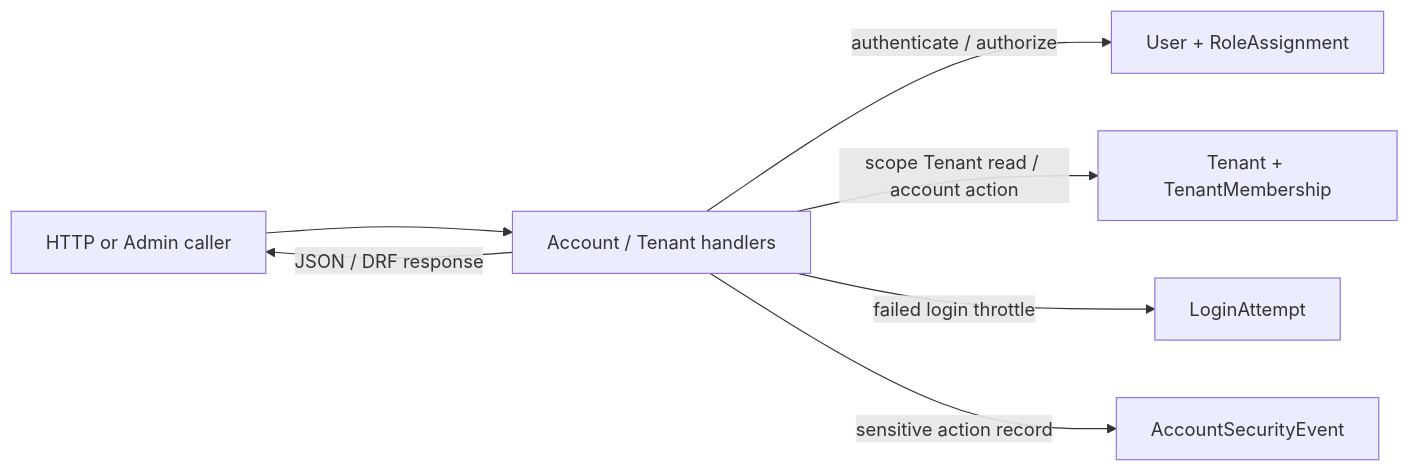
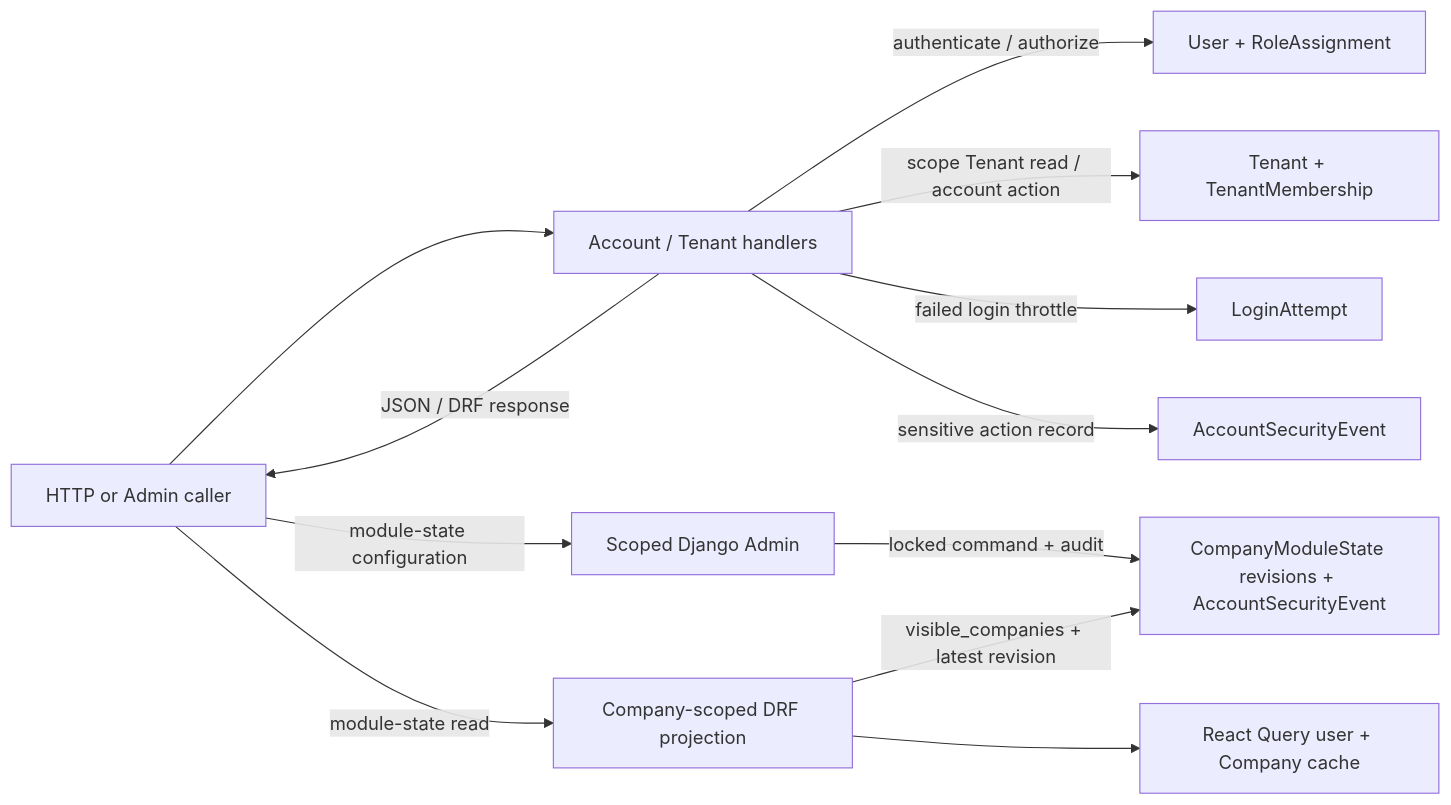
Before and after one commit to muhammedshibiliraihsoft-art/VIRMS: the diagram in architecture/01-DATA-FLOW.md, drawn with Mermaid. The commit also changed other lines of this file and 32 other files, not shown here.

First line of the commit message:
feat: add Company module-state foundation

````diff
--- a/architecture/01-DATA-FLOW.md
+++ b/architecture/01-DATA-FLOW.md
@@ -39,9 +41,14 @@
 ```mermaid
 flowchart LR
   C[HTTP or Admin caller] --> V[Account / Tenant handlers]
   V -->|authenticate / authorize| U[User + RoleAssignment]
   V -->|scope Tenant read / account action| T[Tenant + TenantMembership]
   V -->|failed login throttle| L[LoginAttempt]
   V -->|sensitive action record| E[AccountSecurityEvent]
   V -->|JSON / DRF response| C
+  C -->|module-state configuration| A[Scoped Django Admin]
+  A -->|locked command + audit| M[CompanyModuleState revisions + AccountSecurityEvent]
+  C -->|module-state read| R[Company-scoped DRF projection]
+  R -->|visible_companies + latest revision| M
+  R --> Q[React Query user + Company cache]
 ```
````
